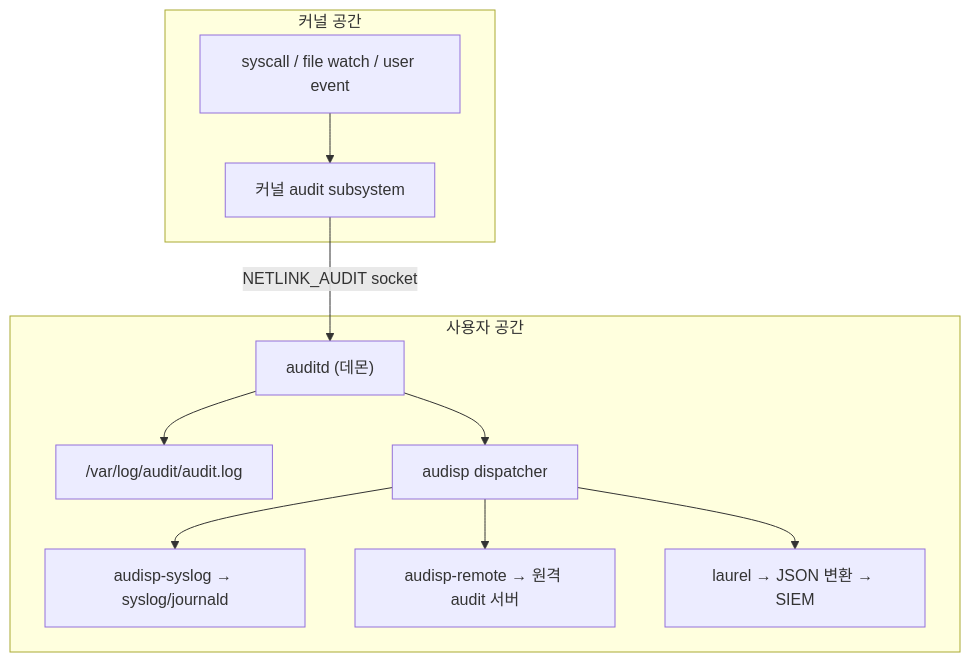
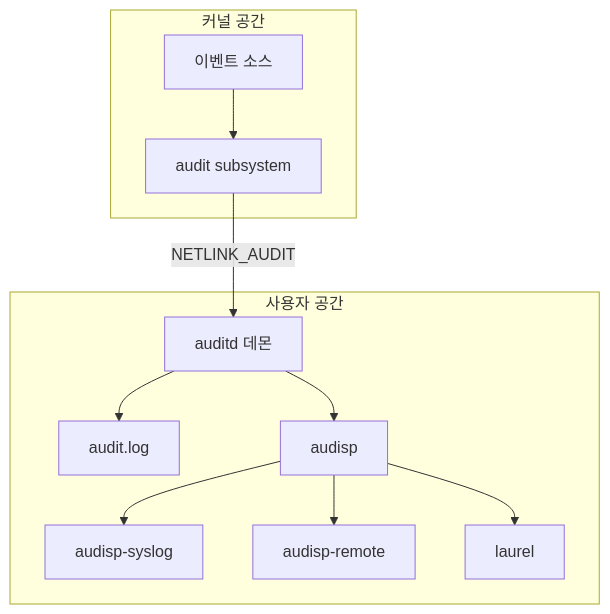
The first of 4 diagrams in content/linux/linux-security/auditd.md (moonblueblue/devops-wiki), drawn with Mermaid before and after one commit. The commit also changed other lines of this file and 37 other files, not shown here.

First line of the commit message:
style: linux 카테고리 ASCII 도표·Mermaid 라벨 형식 교정

````diff
--- a/content/linux/linux-security/auditd.md
+++ b/content/linux/linux-security/auditd.md
@@ -32,24 +32,24 @@
 ```mermaid
 graph TD
     subgraph kernel["커널 공간"]
-        SRC["syscall / file watch / user event"]
-        AUD["커널 audit subsystem"]
+        SRC["이벤트 소스"]
+        AUD["audit subsystem"]
     end
 
     subgraph user["사용자 공간"]
-        AUDITD["auditd (데몬)"]
-        LOG["/var/log/audit/audit.log"]
-        AUDISP["audisp dispatcher"]
-        SYSLOG["audisp-syslog → syslog/journald"]
-        REMOTE["audisp-remote → 원격 audit 서버"]
-        LAUREL["laurel → JSON 변환 → SIEM"]
+        AUDITD["auditd 데몬"]
+        LOG["audit.log"]
+        AUDISP["audisp"]
+        SYSLOG["audisp-syslog"]
+        REMOTE["audisp-remote"]
+        LAUREL["laurel"]
     end
 
     SRC --> AUD
-    AUD -- "NETLINK_AUDIT socket" --> AUDITD
+    AUD -- NETLINK_AUDIT --> AUDITD
     AUDITD --> LOG
     AUDITD --> AUDISP
     AUDISP --> SYSLOG
     AUDISP --> REMOTE
     AUDISP --> LAUREL
 ```
````
